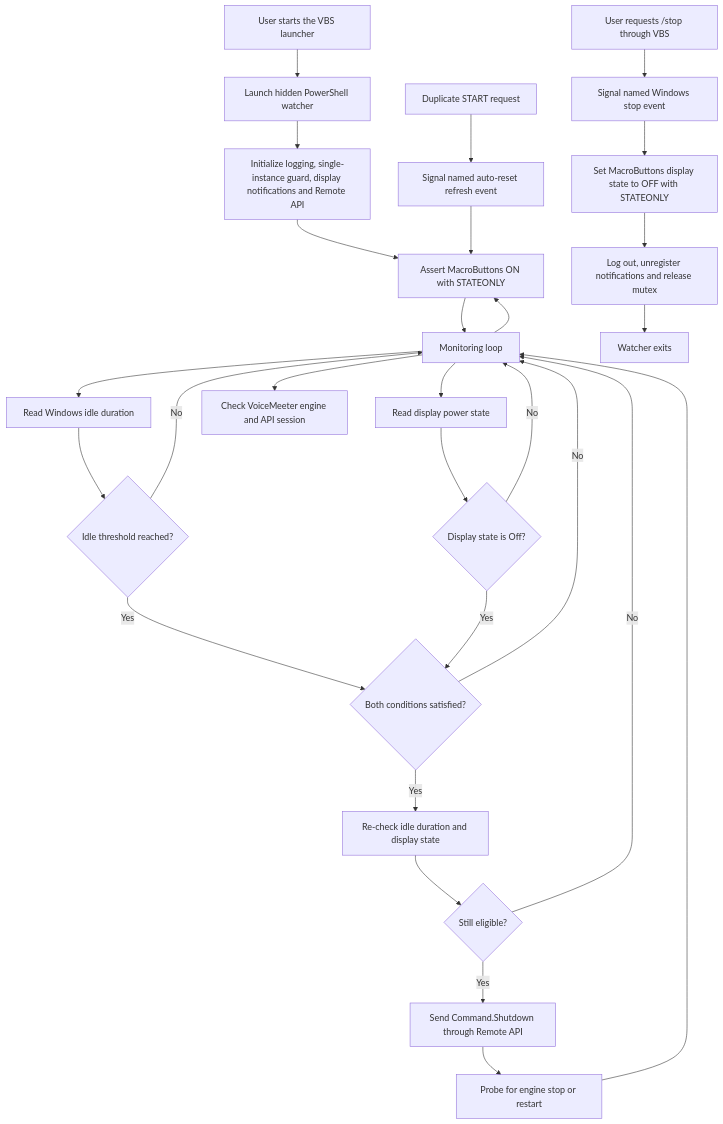
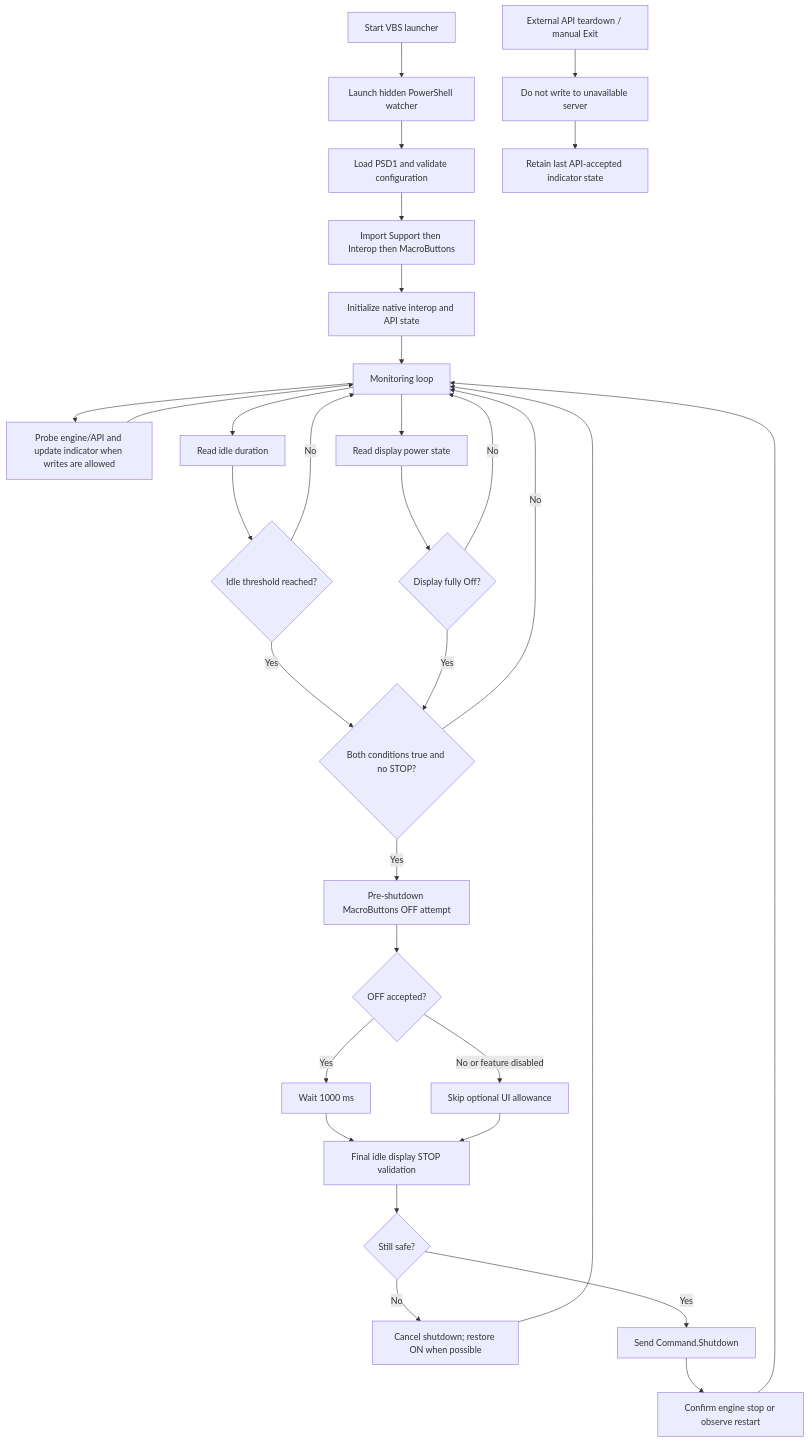
One commit to AnAllegory/VoiceMeeter-IdleWatcher changed the first of 2 diagrams in ARCHITECTURE.md. Above: the diagram before and after it, drawn with Mermaid. The commit also changed other lines of this file and 17 other files, not shown here.

Commit message:
Integrate modular VoiceMeeter IdleWatcher v1.0.5 source

````diff
--- a/ARCHITECTURE.md
+++ b/ARCHITECTURE.md
@@ -12,34 +28,33 @@
 ```mermaid
 flowchart TD
-    A[User starts the VBS launcher] --> B[Launch hidden PowerShell watcher]
-    B --> C[Initialize logging, single-instance guard, display notifications and Remote API]
-    C --> MB[Assert MacroButtons ON with STATEONLY]
-    MB --> D[Monitoring loop]
-    D --> MB
-
-    D --> E[Read Windows idle duration]
-    D --> F[Read display power state]
-    D --> G[Check VoiceMeeter engine and API session]
-
-    E --> H{Idle threshold reached?}
-    F --> I{Display state is Off?}
-    H -->|No| D
-    I -->|No| D
-    H -->|Yes| J{Both conditions satisfied?}
-    I -->|Yes| J
-
-    J -->|No| D
-    J -->|Yes| K[Re-check idle duration and display state]
-    K --> L{Still eligible?}
-    L -->|No| D
-    L -->|Yes| M[Send Command.Shutdown through Remote API]
-    M --> N[Probe for engine stop or restart]
-    N --> D
-
-    P[User requests /stop through VBS] --> Q[Signal named Windows stop event]
-    Q --> O[Set MacroButtons display state to OFF with STATEONLY]
-    T[Duplicate START request] --> U[Signal named auto-reset refresh event]
-    U --> MB
-    O --> R[Log out, unregister notifications and release mutex]
-    R --> S[Watcher exits]
+    A[Start VBS launcher] --> B[Launch hidden PowerShell watcher]
+    B --> C[Load PSD1 and validate configuration]
+    C --> D[Import Support then Interop then MacroButtons]
+    D --> E[Initialize native interop and API state]
+    E --> F[Monitoring loop]
+    F --> G[Probe engine/API and update indicator when writes are allowed]
+    F --> H[Read idle duration]
+    F --> I[Read display power state]
+    G --> F
+    H --> J{Idle threshold reached?}
+    I --> K{Display fully Off?}
+    J -->|No| F
+    K -->|No| F
+    J -->|Yes| L{Both conditions true and no STOP?}
+    K -->|Yes| L
+    L -->|No| F
+    L -->|Yes| M[Pre-shutdown MacroButtons OFF attempt]
+    M --> N{OFF accepted?}
+    N -->|Yes| O[Wait 1000 ms]
+    N -->|No or feature disabled| P[Skip optional UI allowance]
+    O --> Q[Final idle display STOP validation]
+    P --> Q
+    Q --> R{Still safe?}
+    R -->|No| S[Cancel shutdown; restore ON when possible]
+    R -->|Yes| T[Send Command.Shutdown]
+    S --> F
+    T --> U[Confirm engine stop or observe restart]
+    U --> F
+    V[External API teardown / manual Exit] --> W[Do not write to unavailable server]
+    W --> X[Retain last API-accepted indicator state]
 ```
````
